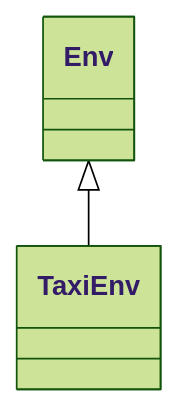
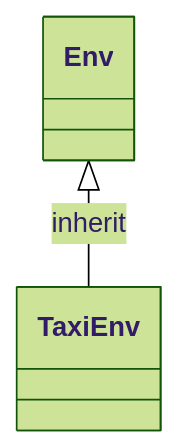
One commit to uwe77/hf_sb3 changed the diagram in Taxi/class_diagram.md. Above: the diagram before and after it, drawn with Mermaid (forest theme). The commit also changed 11 other files, not shown here.

````diff
--- a/Taxi/class_diagram.md
+++ b/Taxi/class_diagram.md
@@ -3,4 +3,5 @@
 ```mermaid
 classDiagram
-    Env <|-- TaxiEnv
+    Env <|-- TaxiEnv: inherit
+    
 ```
````
